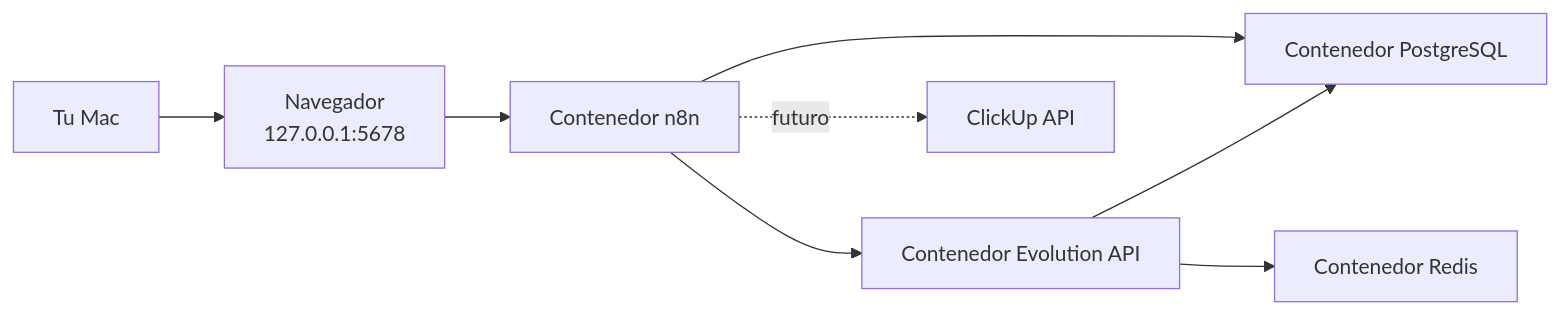
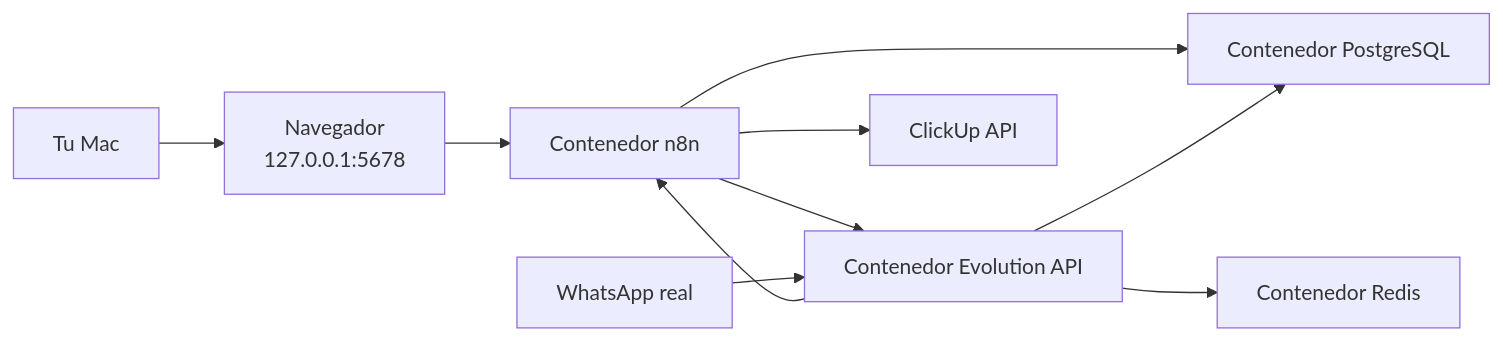
Before and after one commit to juanpablovM/Automatizacion-WhatsApp: the diagram in docs/arquitectura.md, drawn with Mermaid. The commit also changed other lines of this file and 33 other files, not shown here.

Commit message:
Checkpoint current CRM WhatsApp state

````diff
--- a/docs/arquitectura.md
+++ b/docs/arquitectura.md
@@ -32,10 +32,12 @@
 ```mermaid
 flowchart LR
     User["Tu Mac"] --> Browser["Navegador<br/>127.0.0.1:5678"]
     Browser --> N8N["Contenedor n8n"]
     N8N --> PG["Contenedor PostgreSQL"]
     N8N --> EVO["Contenedor Evolution API"]
     EVO --> REDIS["Contenedor Redis"]
     EVO --> PG
-    N8N -. futuro .-> CU["ClickUp API"]
+    N8N --> CU["ClickUp API"]
+    WA["WhatsApp real"] --> EVO
+    EVO --> N8N
 ```
````
